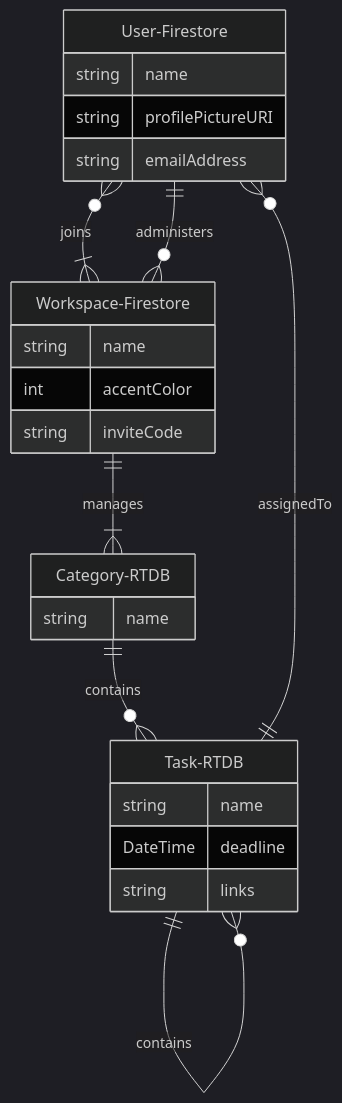
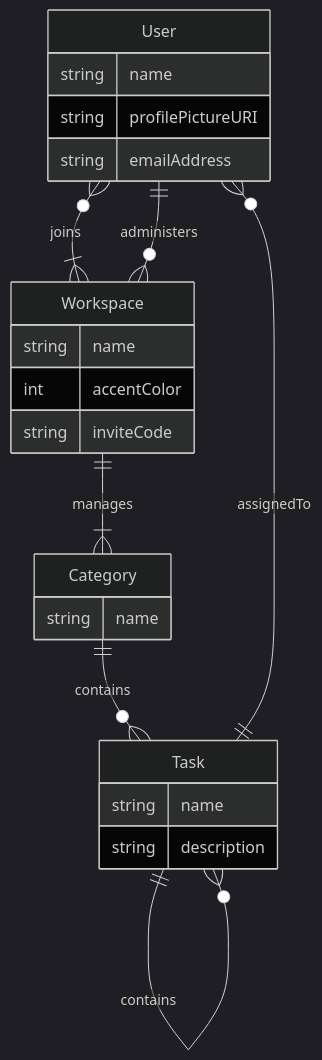
Before and after one commit to jiachenyee/Freeflow: the diagram in docs/Database.md, drawn with Mermaid (dark theme). The commit also changed other lines of this file, not shown here.

````diff
--- a/docs/Database.md
+++ b/docs/Database.md
@@ -8,33 +4,32 @@
 ```mermaid
 erDiagram 
-    User-Firestore {
+    User {
         string name
         string profilePictureURI
         string emailAddress
     }
-    User-Firestore }o--|{ Workspace-Firestore: joins
-    User-Firestore ||--}o Workspace-Firestore: administers
+    User }o--|{ Workspace: joins
+    User ||--}o Workspace: administers
     
-    Workspace-Firestore {
+    Workspace {
         string name
         int accentColor
         string inviteCode
     }
     
-    Workspace-Firestore ||--|{ Category-RTDB: manages
+    Workspace ||--|{ Category: manages
     
-    Category-RTDB {
+    Category {
         string name
     }
    
    
-    Task-RTDB ||--}o User-Firestore: assignedTo
-    Task-RTDB ||--}o Task-RTDB: contains
+    Task ||--}o User: assignedTo
+    Task ||--}o Task: contains
     
-    Category-RTDB ||--}o Task-RTDB: contains
-    Task-RTDB {
+    Category ||--}o Task: contains
+    Task {
         string name
-        DateTime deadline
-        string links
+        string description
     }
 ```
````
